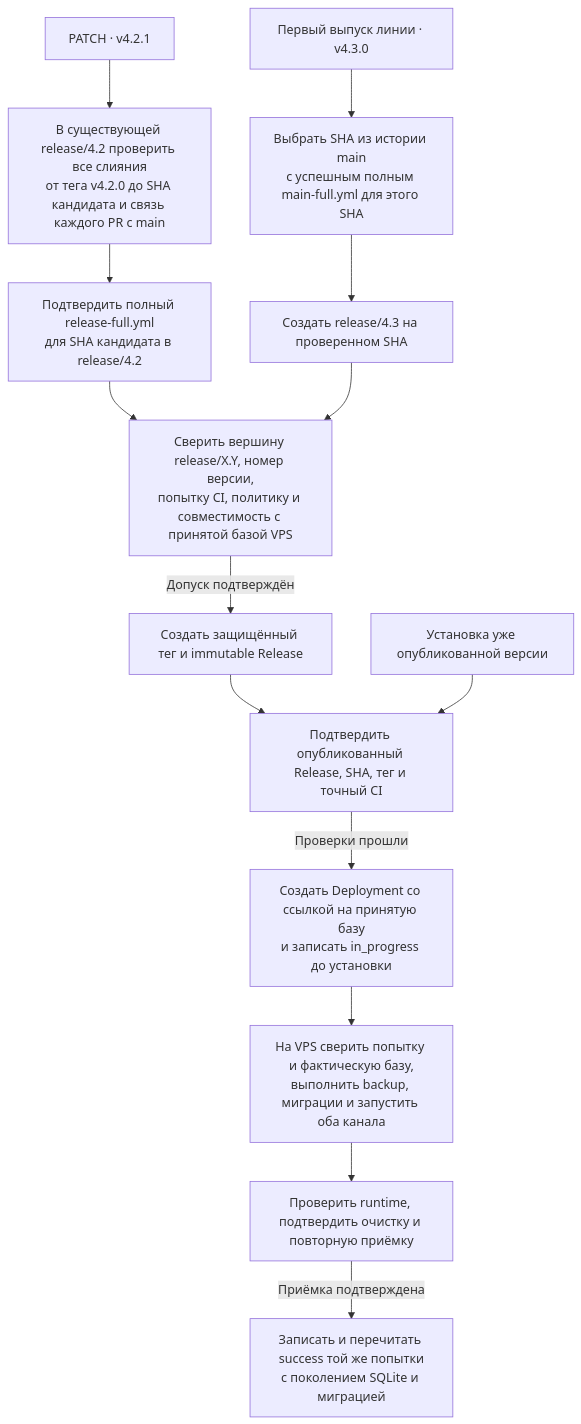
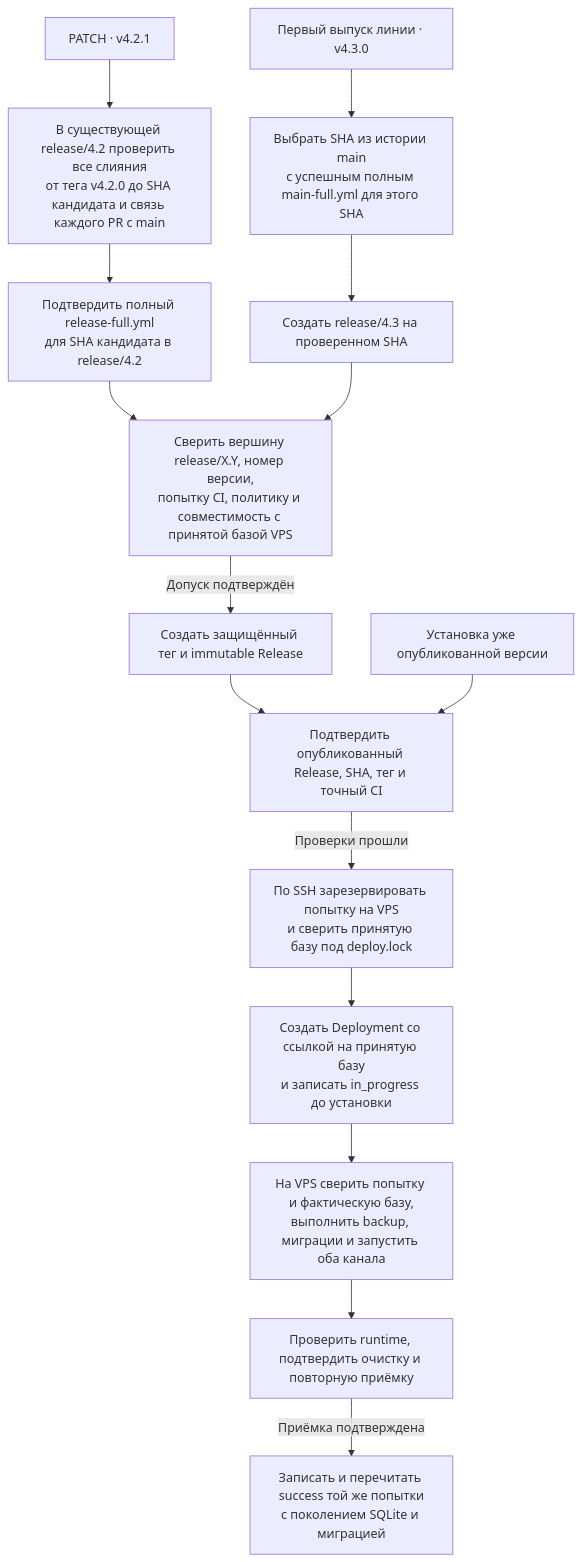
The diagram in docs/patch-deployment/PLAN.md (karateka-git/compadre-assistant), drawn with Mermaid before and after one commit. The commit also changed other lines of this file, not shown here.

Commit message:
Показать резервирование попытки до создания Deployment

````diff
--- a/docs/patch-deployment/PLAN.md
+++ b/docs/patch-deployment/PLAN.md
@@ -9,16 +9,17 @@
 ```mermaid
 flowchart TD
     P["PATCH · v4.2.1"] --> P1["В существующей release/4.2 проверить все слияния<br/>от тега v4.2.0 до SHA кандидата и связь каждого PR с main"]
     P1 --> P2["Подтвердить полный release-full.yml<br/>для SHA кандидата в release/4.2"]
     N["Первый выпуск линии · v4.3.0"] --> N1["Выбрать SHA из истории main<br/>с успешным полным main-full.yml для этого SHA"]
     N1 --> N2["Создать release/4.3 на проверенном SHA"]
     P2 --> A["Сверить вершину release/X.Y, номер версии,<br/>попытку CI, политику и совместимость с принятой базой VPS"]
     N2 --> A
     A -->|Допуск подтверждён| T["Создать защищённый тег и immutable Release"]
     T --> V["Подтвердить опубликованный Release, SHA, тег и точный CI"]
     E["Установка уже опубликованной версии"] --> V
-    V -->|Проверки прошли| D["Создать Deployment со ссылкой на принятую базу<br/>и записать in_progress до установки"]
+    V -->|Проверки прошли| L["По SSH зарезервировать попытку на VPS<br/>и сверить принятую базу под deploy.lock"]
+    L --> D["Создать Deployment со ссылкой на принятую базу<br/>и записать in_progress до установки"]
     D --> H["На VPS сверить попытку и фактическую базу,<br/>выполнить backup, миграции и запустить оба канала"]
     H --> R["Проверить runtime, подтвердить очистку и повторную приёмку"]
     R -->|Приёмка подтверждена| S["Записать и перечитать success той же попытки<br/>с поколением SQLite и миграцией"]
 ```
````
